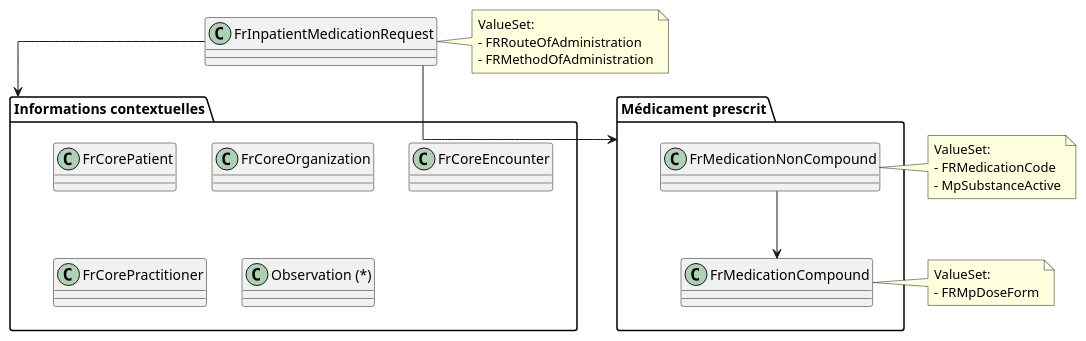
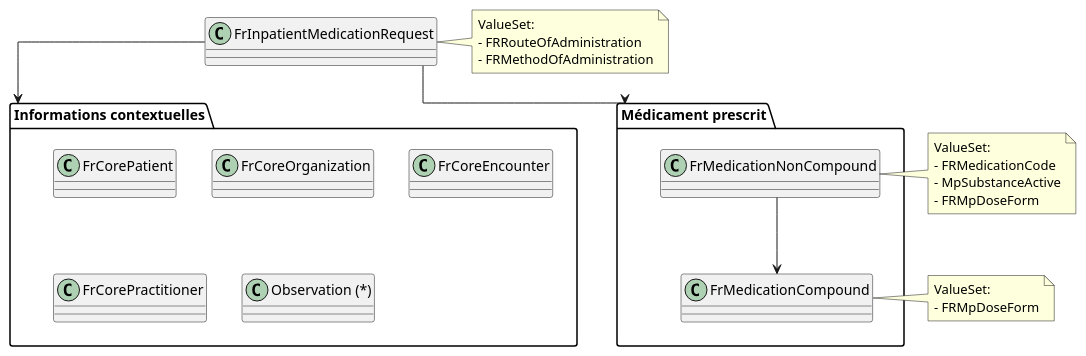
The diagram in input/images-source/prescription.plantuml (Interop-Sante/hl7.fhir.fr.medication), drawn with PlantUML before and after one commit.

```diff
--- a/input/images-source/prescription.plantuml
+++ b/input/images-source/prescription.plantuml
@@ -1,51 +1,52 @@
 @startuml
 
 skinparam linetype ortho
 skinparam rectangle {
   BackgroundColor White
   BorderColor Black
 }
 
 ' Contexte
 package "Informations contextuelles" {
   class FrCorePatient [[https://hl7.fr/ig/fhir/core/StructureDefinition/fr-core-patient]]
   class FrCoreOrganization [[https://hl7.fr/ig/fhir/core/StructureDefinition/fr-core-organization]]
   class FrCoreEncounter [[https://hl7.fr/ig/fhir/core/StructureDefinition/fr-core-encounter]]
   class FrCorePractitioner [[https://hl7.fr/ig/fhir/core/StructureDefinition/fr-core-practitioner]]
   class "Observation (*)" as Observation
 }
 
 package "Médicament prescrit" {
   class FrMedicationNonCompound [[./StructureDefinition-fr-medication-noncompound.html]]
   class FrMedicationCompound [[./StructureDefinition-fr-medication-compound.html]]
 }
 
 class "FrInpatientMedicationRequest" [[./StructureDefinition-fr-inpatient-medicationrequest.html]]
 
 
 ' Notes pour les ValueSets
 note right of FrInpatientMedicationRequest
   ValueSet:
   - FRRouteOfAdministration
   - FRMethodOfAdministration
 end note
 
 note right of FrMedicationNonCompound
   ValueSet:
   - FRMedicationCode
   - MpSubstanceActive
+  - FRMpDoseForm
 end note
 
 note right of FrMedicationCompound
   ValueSet:
   - FRMpDoseForm
 end note
 
 ' Relations principales
 FrInpatientMedicationRequest --> "Informations contextuelles"
 
 FrInpatientMedicationRequest --> "Médicament prescrit"
 
 FrMedicationNonCompound --> FrMedicationCompound
 
 @enduml
```
